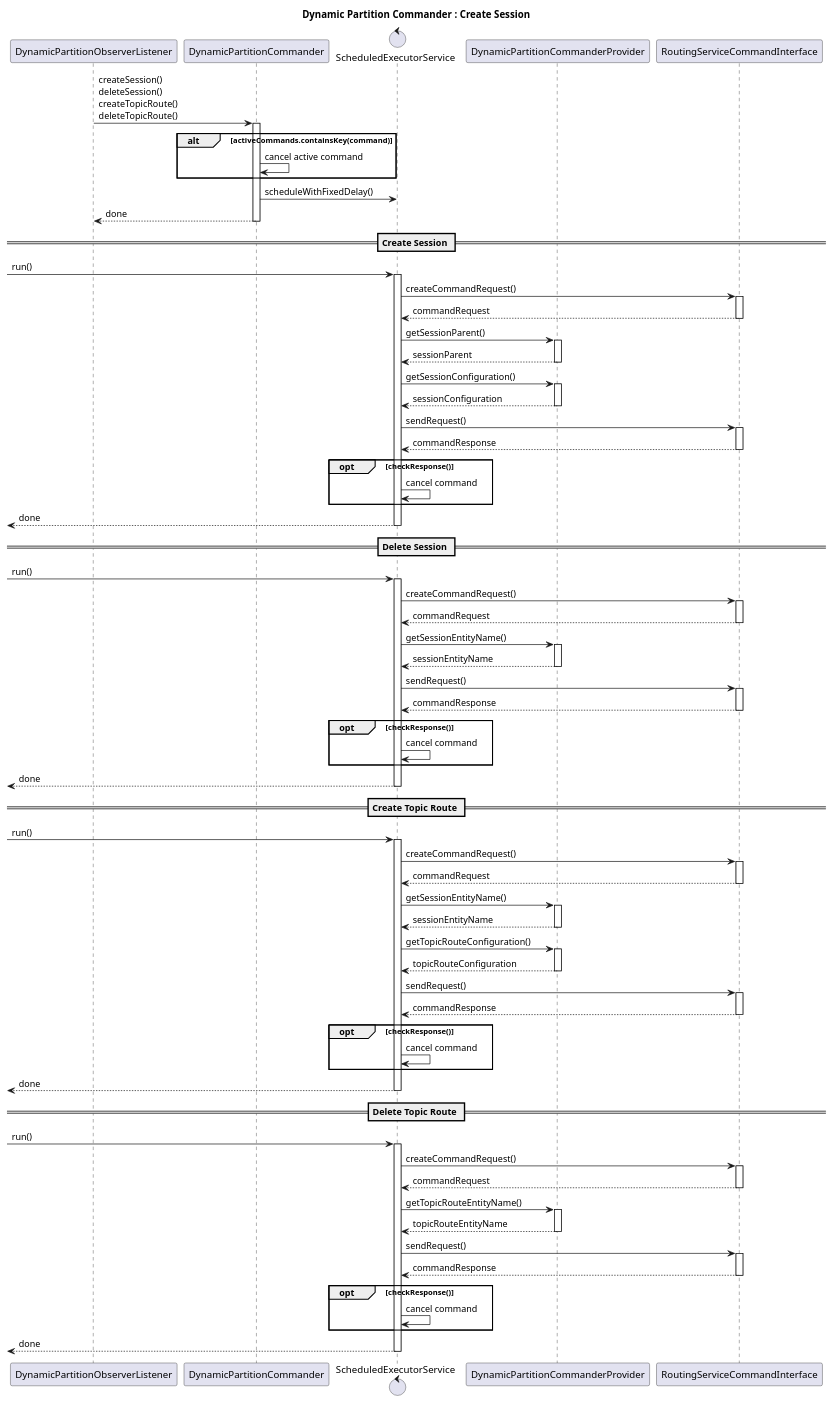
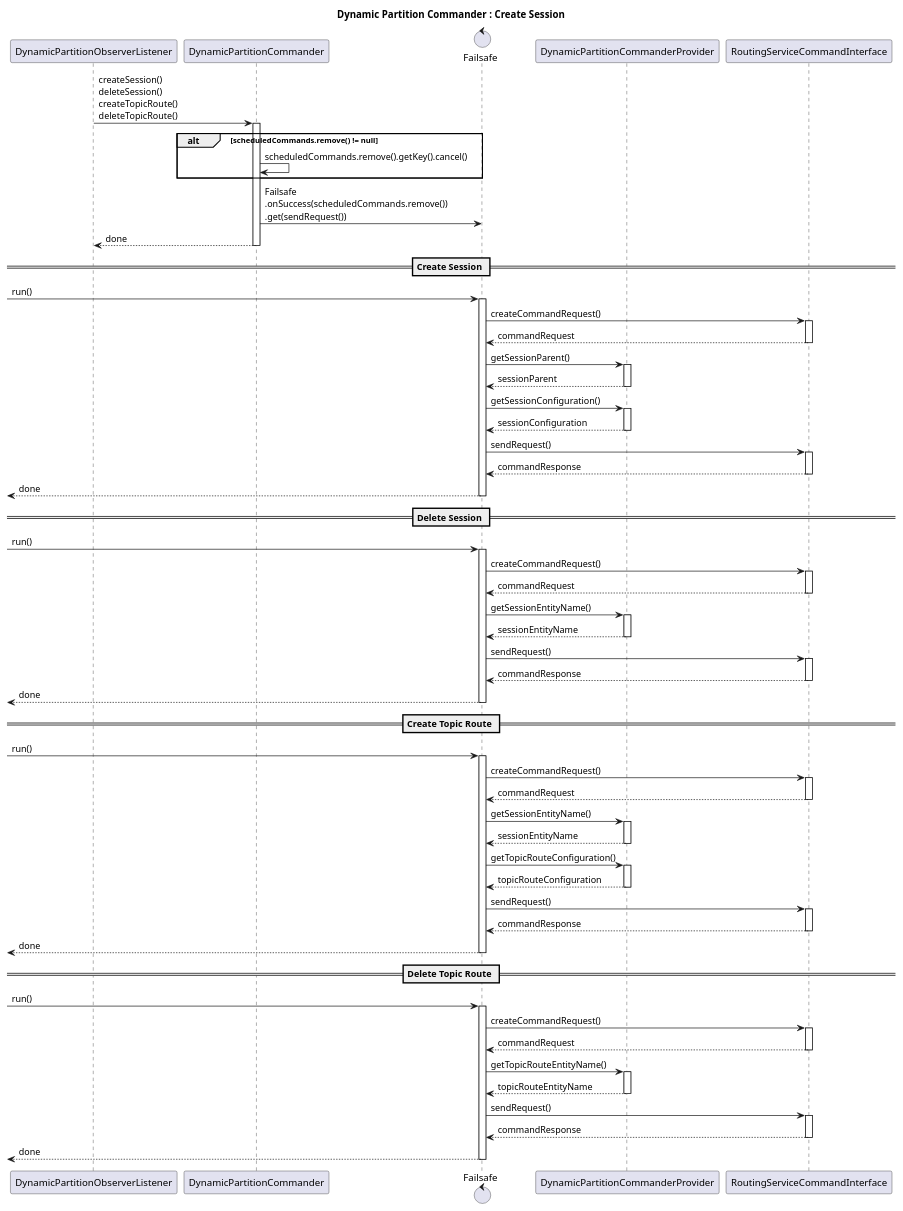
One commit to aguther/dds-examples changed the diagram in documentation/DynamicPartitionCommander.puml. Above: the diagram before and after it, drawn with PlantUML.

```diff
--- a/documentation/DynamicPartitionCommander.puml
+++ b/documentation/DynamicPartitionCommander.puml
@@ -1,133 +1,117 @@
 @startuml
 title Dynamic Partition Commander : Create Session
 
 participant DynamicPartitionObserverListener
 participant DynamicPartitionCommander
-control ScheduledExecutorService
+control Failsafe
 participant DynamicPartitionCommanderProvider
 participant RoutingServiceCommandInterface
 
 DynamicPartitionObserverListener -> DynamicPartitionCommander: createSession()\ndeleteSession()\ncreateTopicRoute()\ndeleteTopicRoute()
 activate DynamicPartitionCommander
-  alt activeCommands.containsKey(command)
-    DynamicPartitionCommander -> DynamicPartitionCommander: cancel active command
+  alt scheduledCommands.remove() != null
+    DynamicPartitionCommander -> DynamicPartitionCommander: scheduledCommands.remove().getKey().cancel()
   end
-  DynamicPartitionCommander -> ScheduledExecutorService: scheduleWithFixedDelay()
+  DynamicPartitionCommander -> Failsafe: Failsafe\n.onSuccess(scheduledCommands.remove())\n.get(sendRequest())
   DynamicPartitionCommander --> DynamicPartitionObserverListener: done
 deactivate DynamicPartitionCommander
 
 == Create Session ==
 
-[-> ScheduledExecutorService: run()
-activate ScheduledExecutorService
-  ScheduledExecutorService -> RoutingServiceCommandInterface: createCommandRequest()
+[-> Failsafe: run()
+activate Failsafe
+  Failsafe -> RoutingServiceCommandInterface: createCommandRequest()
   activate RoutingServiceCommandInterface
-    RoutingServiceCommandInterface --> ScheduledExecutorService: commandRequest
+    RoutingServiceCommandInterface --> Failsafe: commandRequest
   deactivate RoutingServiceCommandInterface
 
-  ScheduledExecutorService -> DynamicPartitionCommanderProvider: getSessionParent()
+  Failsafe -> DynamicPartitionCommanderProvider: getSessionParent()
   activate DynamicPartitionCommanderProvider
-    DynamicPartitionCommanderProvider --> ScheduledExecutorService: sessionParent
+    DynamicPartitionCommanderProvider --> Failsafe: sessionParent
   deactivate DynamicPartitionCommanderProvider
 
-  ScheduledExecutorService -> DynamicPartitionCommanderProvider: getSessionConfiguration()
+  Failsafe -> DynamicPartitionCommanderProvider: getSessionConfiguration()
   activate DynamicPartitionCommanderProvider
-    DynamicPartitionCommanderProvider --> ScheduledExecutorService: sessionConfiguration
+    DynamicPartitionCommanderProvider --> Failsafe: sessionConfiguration
   deactivate DynamicPartitionCommanderProvider
 
-  ScheduledExecutorService -> RoutingServiceCommandInterface: sendRequest()
+  Failsafe -> RoutingServiceCommandInterface: sendRequest()
   activate RoutingServiceCommandInterface
-    RoutingServiceCommandInterface --> ScheduledExecutorService: commandResponse
+    RoutingServiceCommandInterface --> Failsafe: commandResponse
   deactivate RoutingServiceCommandInterface
 
-  opt checkResponse()
-      ScheduledExecutorService -> ScheduledExecutorService: cancel command
-  end
-
-  [<-- ScheduledExecutorService: done
-deactivate ScheduledExecutorService
+  [<-- Failsafe: done
+deactivate Failsafe
 
 == Delete Session ==
 
-[-> ScheduledExecutorService: run()
-activate ScheduledExecutorService
-  ScheduledExecutorService -> RoutingServiceCommandInterface: createCommandRequest()
+[-> Failsafe: run()
+activate Failsafe
+  Failsafe -> RoutingServiceCommandInterface: createCommandRequest()
   activate RoutingServiceCommandInterface
-    RoutingServiceCommandInterface --> ScheduledExecutorService: commandRequest
+    RoutingServiceCommandInterface --> Failsafe: commandRequest
   deactivate RoutingServiceCommandInterface
 
-  ScheduledExecutorService -> DynamicPartitionCommanderProvider: getSessionEntityName()
+  Failsafe -> DynamicPartitionCommanderProvider: getSessionEntityName()
   activate DynamicPartitionCommanderProvider
-    DynamicPartitionCommanderProvider --> ScheduledExecutorService: sessionEntityName
+    DynamicPartitionCommanderProvider --> Failsafe: sessionEntityName
   deactivate DynamicPartitionCommanderProvider
 
-  ScheduledExecutorService -> RoutingServiceCommandInterface: sendRequest()
+  Failsafe -> RoutingServiceCommandInterface: sendRequest()
   activate RoutingServiceCommandInterface
-    RoutingServiceCommandInterface --> ScheduledExecutorService: commandResponse
+    RoutingServiceCommandInterface --> Failsafe: commandResponse
   deactivate RoutingServiceCommandInterface
 
-  opt checkResponse()
-      ScheduledExecutorService -> ScheduledExecutorService: cancel command
-  end
-
-  [<-- ScheduledExecutorService: done
-deactivate ScheduledExecutorService
+  [<-- Failsafe: done
+deactivate Failsafe
 
 == Create Topic Route ==
 
-[-> ScheduledExecutorService: run()
-activate ScheduledExecutorService
-  ScheduledExecutorService -> RoutingServiceCommandInterface: createCommandRequest()
+[-> Failsafe: run()
+activate Failsafe
+  Failsafe -> RoutingServiceCommandInterface: createCommandRequest()
   activate RoutingServiceCommandInterface
-    RoutingServiceCommandInterface --> ScheduledExecutorService: commandRequest
+    RoutingServiceCommandInterface --> Failsafe: commandRequest
   deactivate RoutingServiceCommandInterface
 
-  ScheduledExecutorService -> DynamicPartitionCommanderProvider: getSessionEntityName()
+  Failsafe -> DynamicPartitionCommanderProvider: getSessionEntityName()
   activate DynamicPartitionCommanderProvider
-    DynamicPartitionCommanderProvider --> ScheduledExecutorService: sessionEntityName
+    DynamicPartitionCommanderProvider --> Failsafe: sessionEntityName
   deactivate DynamicPartitionCommanderProvider
 
-  ScheduledExecutorService -> DynamicPartitionCommanderProvider: getTopicRouteConfiguration()
+  Failsafe -> DynamicPartitionCommanderProvider: getTopicRouteConfiguration()
   activate DynamicPartitionCommanderProvider
-    DynamicPartitionCommanderProvider --> ScheduledExecutorService: topicRouteConfiguration
+    DynamicPartitionCommanderProvider --> Failsafe: topicRouteConfiguration
   deactivate DynamicPartitionCommanderProvider
 
-  ScheduledExecutorService -> RoutingServiceCommandInterface: sendRequest()
+  Failsafe -> RoutingServiceCommandInterface: sendRequest()
   activate RoutingServiceCommandInterface
-    RoutingServiceCommandInterface --> ScheduledExecutorService: commandResponse
+    RoutingServiceCommandInterface --> Failsafe: commandResponse
   deactivate RoutingServiceCommandInterface
 
-  opt checkResponse()
-      ScheduledExecutorService -> ScheduledExecutorService: cancel command
-  end
-
-  [<-- ScheduledExecutorService: done
-deactivate ScheduledExecutorService
+  [<-- Failsafe: done
+deactivate Failsafe
 
 == Delete Topic Route ==
 
-[-> ScheduledExecutorService: run()
-activate ScheduledExecutorService
-  ScheduledExecutorService -> RoutingServiceCommandInterface: createCommandRequest()
+[-> Failsafe: run()
+activate Failsafe
+  Failsafe -> RoutingServiceCommandInterface: createCommandRequest()
   activate RoutingServiceCommandInterface
-    RoutingServiceCommandInterface --> ScheduledExecutorService: commandRequest
+    RoutingServiceCommandInterface --> Failsafe: commandRequest
   deactivate RoutingServiceCommandInterface
 
-  ScheduledExecutorService -> DynamicPartitionCommanderProvider: getTopicRouteEntityName()
+  Failsafe -> DynamicPartitionCommanderProvider: getTopicRouteEntityName()
   activate DynamicPartitionCommanderProvider
-    DynamicPartitionCommanderProvider --> ScheduledExecutorService: topicRouteEntityName
+    DynamicPartitionCommanderProvider --> Failsafe: topicRouteEntityName
   deactivate DynamicPartitionCommanderProvider
 
-  ScheduledExecutorService -> RoutingServiceCommandInterface: sendRequest()
+  Failsafe -> RoutingServiceCommandInterface: sendRequest()
   activate RoutingServiceCommandInterface
-    RoutingServiceCommandInterface --> ScheduledExecutorService: commandResponse
+    RoutingServiceCommandInterface --> Failsafe: commandResponse
   deactivate RoutingServiceCommandInterface
 
-  opt checkResponse()
-      ScheduledExecutorService -> ScheduledExecutorService: cancel command
-  end
-
-  [<-- ScheduledExecutorService: done
-deactivate ScheduledExecutorService
+  [<-- Failsafe: done
+deactivate Failsafe
 
 @enduml
```
